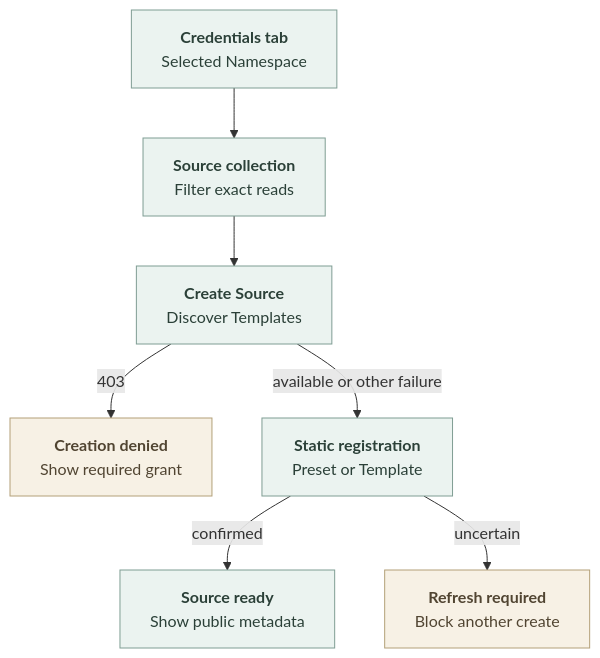
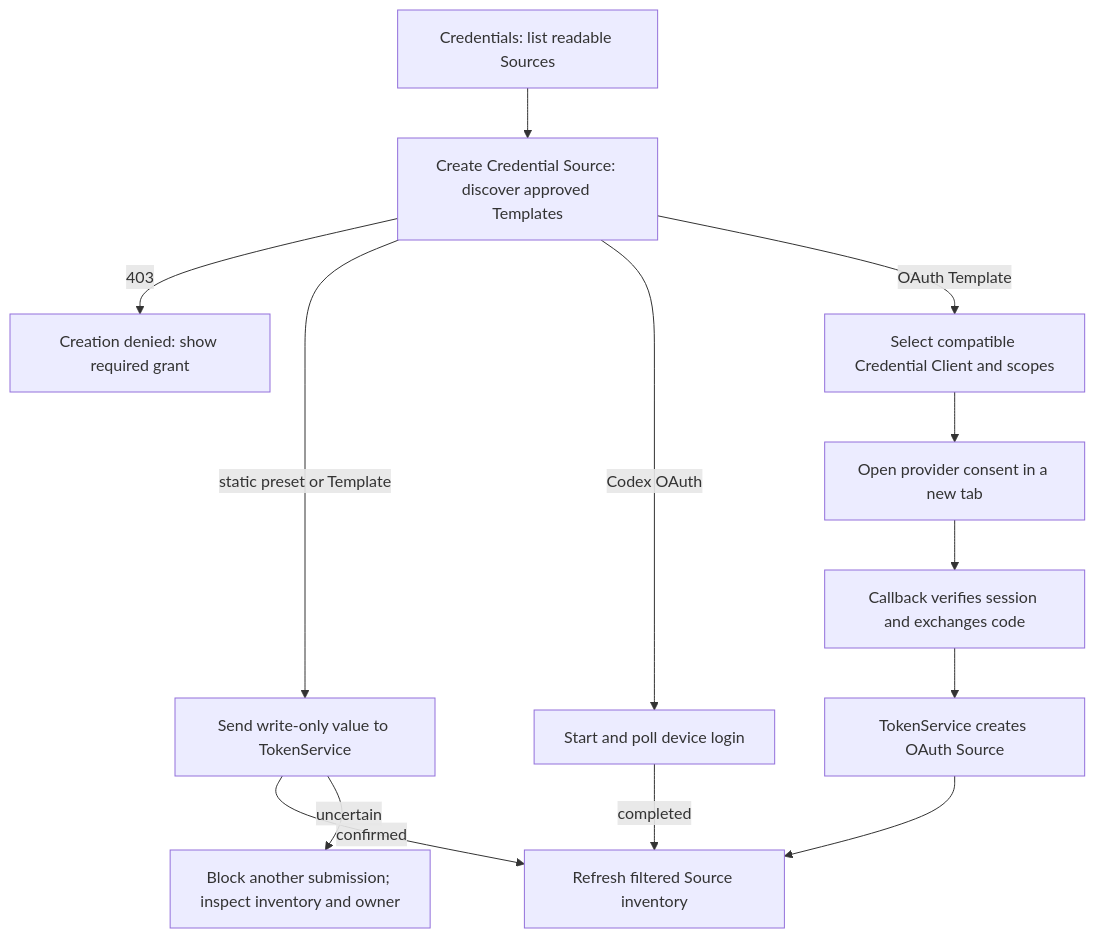
The diagram in docs/flows/platform-console/credential-sources.md (openclaw/openclaw-enterprise), drawn with Mermaid before and after one commit. The commit also changed other lines of this file and 27 other files, not shown here.

Commit message:
feat: simplify Credential Source creation and maintenance in Console

````diff
--- a/docs/flows/platform-console/credential-sources.md
+++ b/docs/flows/platform-console/credential-sources.md
@@ -21,14 +22,15 @@
 ```mermaid
 graph TD
-  %%{init: {"flowchart": {"htmlLabels": true}}}%%
-  A["<b>Credentials tab</b><br/>Selected Namespace"] --> B["<b>Source collection</b><br/>Filter exact reads"]
-  B --> C["<b>Create Source</b><br/>Discover Templates"]
-  C -->|403| D["<b>Creation denied</b><br/>Show required grant"]
-  C -->|available or other failure| E["<b>Static registration</b><br/>Preset or Template"]
-  E -->|confirmed| F["<b>Source ready</b><br/>Show public metadata"]
-  E -->|uncertain| G["<b>Refresh required</b><br/>Block another create"]
-  classDef operation fill:#EBF3F0,stroke:#7F9D93,color:#2B4038,stroke-width:1px
-  classDef blocked fill:#F7F1E5,stroke:#B3A078,color:#514532,stroke-width:1px
-  class A,B,C,E,F operation
-  class D,G blocked
+  A["Credentials: list readable Sources"] --> B["Create Credential Source: discover approved Templates"]
+  B -->|403| C["Creation denied: show required grant"]
+  B -->|static preset or Template| D["Send write-only value to TokenService"]
+  B -->|Codex OAuth| E["Start and poll device login"]
+  B -->|OAuth Template| F["Select compatible Credential Client and scopes"]
+  F --> G["Open provider consent in a new tab"]
+  G --> H["Callback verifies session and exchanges code"]
+  H --> I["TokenService creates OAuth Source"]
+  D -->|confirmed| J["Refresh filtered Source inventory"]
+  E -->|completed| J
+  I --> J
+  D -->|uncertain| K["Block another submission; inspect inventory and owner"]
 ```
````
